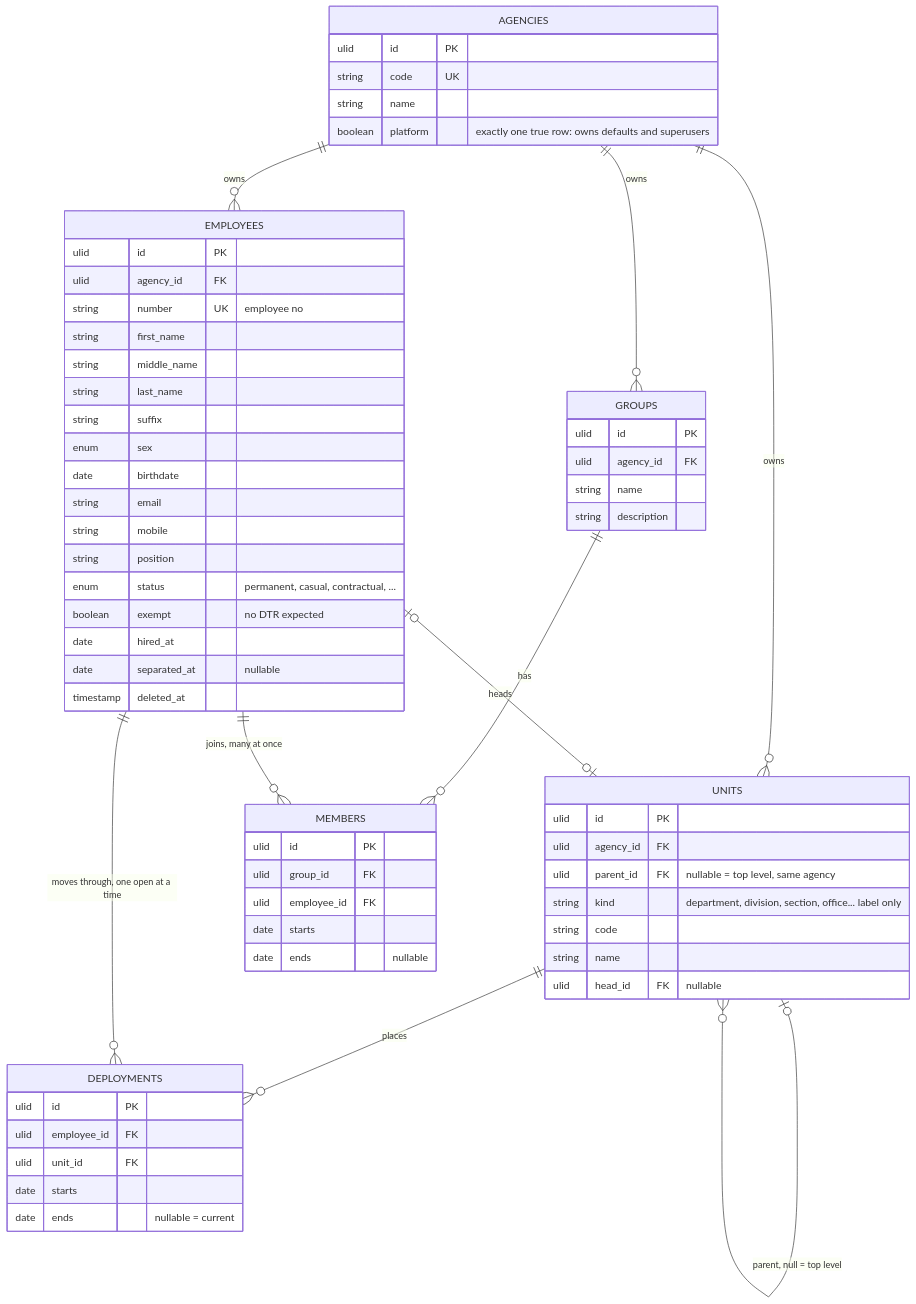
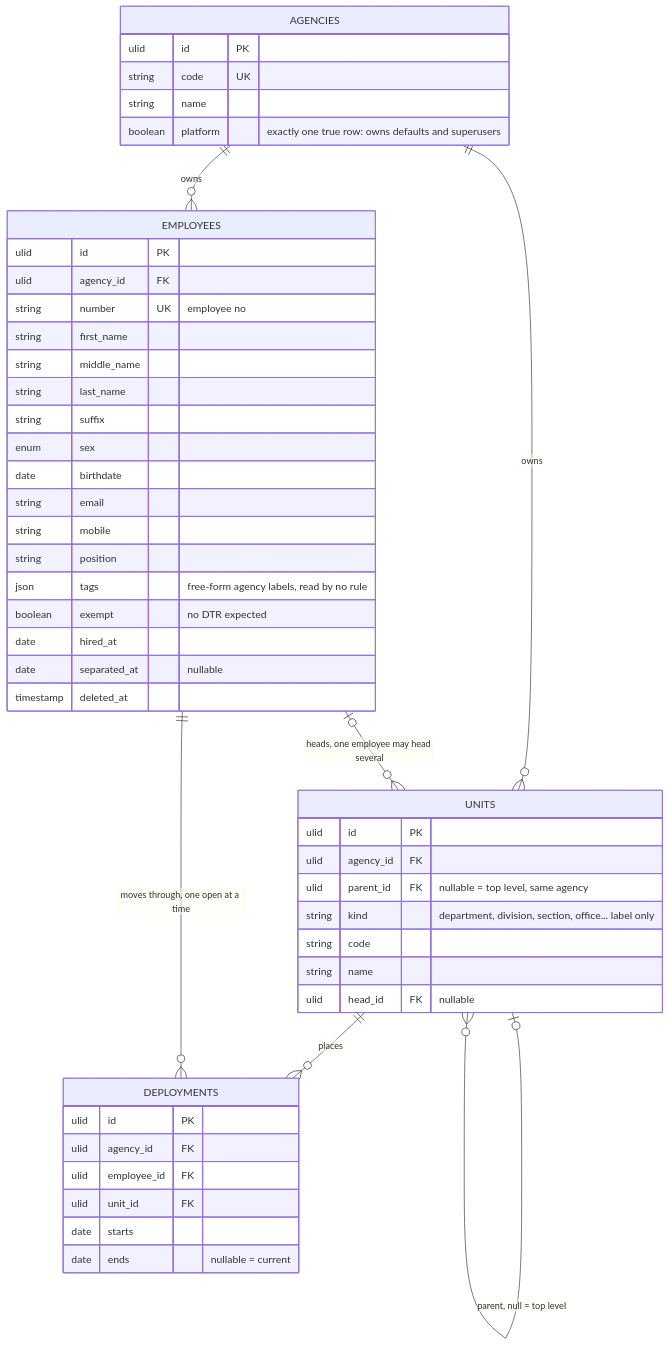
The diagram in docs/design/01-organization.md (joowdx/khronoz), drawn with Mermaid before and after one commit. The commit also changed other lines of this file and 28 other files, not shown here.

First line of the commit message:
spec: rename HR to Timekeeper, drop groups for tags, design Team

````diff
--- a/docs/design/01-organization.md
+++ b/docs/design/01-organization.md
@@ -3,67 +3,52 @@
 ```mermaid
 erDiagram
     AGENCIES  ||--o{ UNITS       : "owns"
     AGENCIES  ||--o{ EMPLOYEES   : "owns"
     UNITS     |o--o{ UNITS       : "parent, null = top level"
     UNITS     ||--o{ DEPLOYMENTS : "places"
     EMPLOYEES ||--o{ DEPLOYMENTS : "moves through, one open at a time"
-    EMPLOYEES |o--o| UNITS       : "heads"
-    AGENCIES  ||--o{ GROUPS      : "owns"
-    GROUPS    ||--o{ MEMBERS     : "has"
-    EMPLOYEES ||--o{ MEMBERS     : "joins, many at once"
+    EMPLOYEES |o--o{ UNITS       : "heads, one employee may head several"
 
     AGENCIES {
         ulid id PK
         string code UK
         string name
         boolean platform "exactly one true row: owns defaults and superusers"
     }
     UNITS {
         ulid id PK
         ulid agency_id FK
         ulid parent_id FK "nullable = top level, same agency"
         string kind "department, division, section, office... label only"
         string code
         string name
         ulid head_id FK "nullable"
     }
     EMPLOYEES {
         ulid id PK
         ulid agency_id FK
         string number UK "employee no"
         string first_name
         string middle_name
         string last_name
         string suffix
         enum sex
         date birthdate
         string email
         string mobile
         string position
-        enum status "permanent, casual, contractual, ..."
+        json tags "free-form agency labels, read by no rule"
         boolean exempt "no DTR expected"
         date hired_at
         date separated_at "nullable"
         timestamp deleted_at
     }
     DEPLOYMENTS {
         ulid id PK
+        ulid agency_id FK
         ulid employee_id FK
         ulid unit_id FK
         date starts
         date ends "nullable = current"
     }
-    GROUPS {
-        ulid id PK
-        ulid agency_id FK
-        string name
-        string description
-    }
-    MEMBERS {
-        ulid id PK
-        ulid group_id FK
-        ulid employee_id FK
-        date starts
-        date ends "nullable"
-    }
 ```
````
